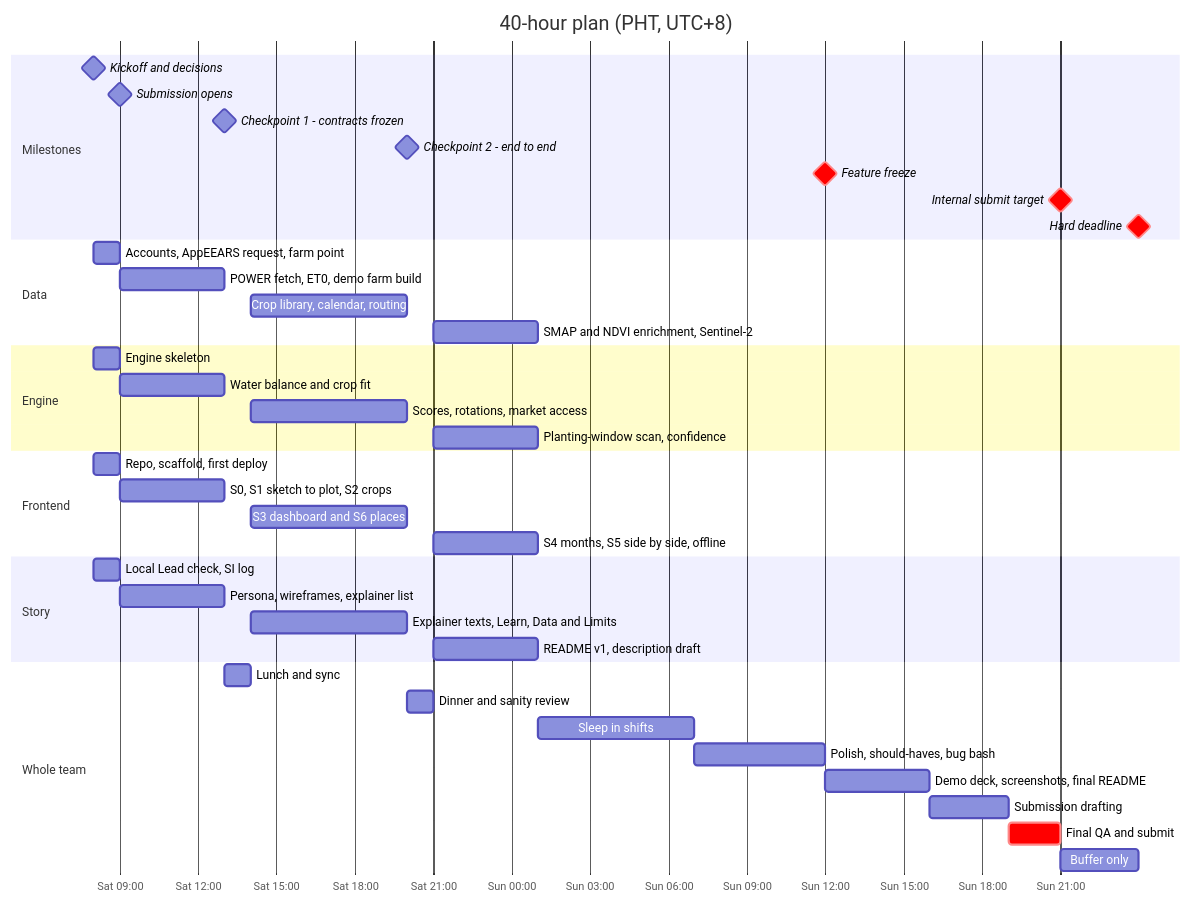
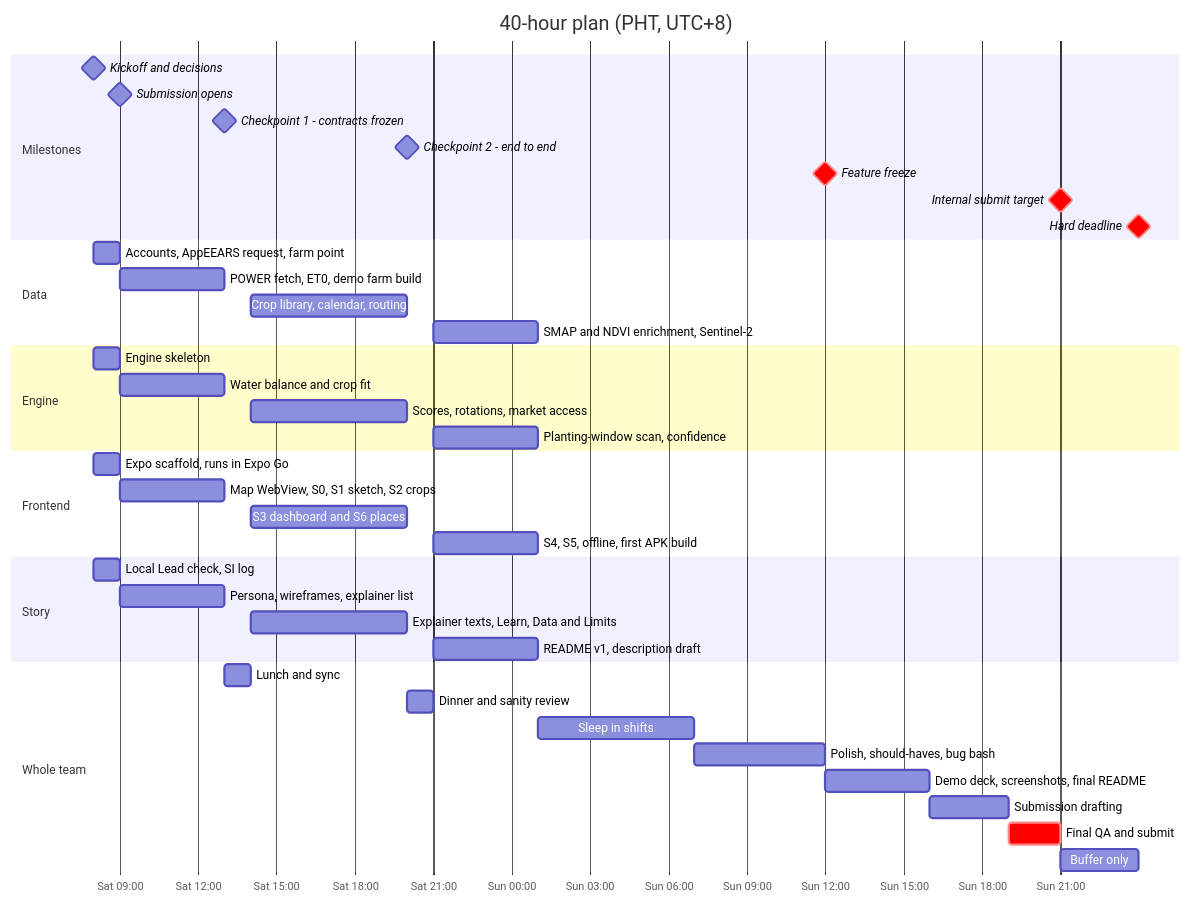
The diagram in docs/08-hackathon-schedule.md (GENZ-PH/agrosprout), drawn with Mermaid before and after one commit. The commit also changed other lines of this file and 14 other files, not shown here.

````diff
--- a/docs/08-hackathon-schedule.md
+++ b/docs/08-hackathon-schedule.md
@@ -19,50 +28,50 @@
 ```mermaid
 gantt
   title 40-hour plan (PHT, UTC+8)
   dateFormat YYYY-MM-DD HH:mm
   axisFormat %a %H:%M
   todayMarker off
 
   section Milestones
   Kickoff and decisions             :milestone, m0, 2026-11-14 08:00, 0d
   Submission opens                  :milestone, m1, 2026-11-14 09:00, 0d
   Checkpoint 1 - contracts frozen   :milestone, m2, 2026-11-14 13:00, 0d
   Checkpoint 2 - end to end         :milestone, m3, 2026-11-14 20:00, 0d
   Feature freeze                    :crit, milestone, m4, 2026-11-15 12:00, 0d
   Internal submit target            :crit, milestone, m5, 2026-11-15 21:00, 0d
   Hard deadline                     :crit, milestone, m6, 2026-11-15 23:59, 0d
 
   section Data
   Accounts, AppEEARS request, farm point    :d0, 2026-11-14 08:00, 1h
   POWER fetch, ET0, demo farm build         :d1, 2026-11-14 09:00, 4h
   Crop library, calendar, routing           :d2, 2026-11-14 14:00, 6h
   SMAP and NDVI enrichment, Sentinel-2      :d3, 2026-11-14 21:00, 4h
 
   section Engine
   Engine skeleton                           :e0, 2026-11-14 08:00, 1h
   Water balance and crop fit                :e1, 2026-11-14 09:00, 4h
   Scores, rotations, market access          :e2, 2026-11-14 14:00, 6h
   Planting-window scan, confidence          :e3, 2026-11-14 21:00, 4h
 
   section Frontend
-  Repo, scaffold, first deploy              :f0, 2026-11-14 08:00, 1h
-  S0, S1 sketch to plot, S2 crops           :f1, 2026-11-14 09:00, 4h
+  Expo scaffold, runs in Expo Go            :f0, 2026-11-14 08:00, 1h
+  Map WebView, S0, S1 sketch, S2 crops      :f1, 2026-11-14 09:00, 4h
   S3 dashboard and S6 places                :f2, 2026-11-14 14:00, 6h
-  S4 months, S5 side by side, offline       :f3, 2026-11-14 21:00, 4h
+  S4, S5, offline, first APK build          :f3, 2026-11-14 21:00, 4h
 
   section Story
   Local Lead check, SI log                  :s0, 2026-11-14 08:00, 1h
   Persona, wireframes, explainer list       :s1, 2026-11-14 09:00, 4h
   Explainer texts, Learn, Data and Limits   :s2, 2026-11-14 14:00, 6h
   README v1, description draft              :s3, 2026-11-14 21:00, 4h
 
   section Whole team
   Lunch and sync                            :t0, 2026-11-14 13:00, 1h
   Dinner and sanity review                  :t1, 2026-11-14 20:00, 1h
   Sleep in shifts                           :t2, 2026-11-15 01:00, 6h
   Polish, should-haves, bug bash            :t3, 2026-11-15 07:00, 5h
   Demo deck, screenshots, final README      :t4, 2026-11-15 12:00, 4h
   Submission drafting                       :t5, 2026-11-15 16:00, 3h
   Final QA and submit                       :crit, t6, 2026-11-15 19:00, 2h
   Buffer only                               :t7, 2026-11-15 21:00, 2026-11-15 23:59
 ```
````
